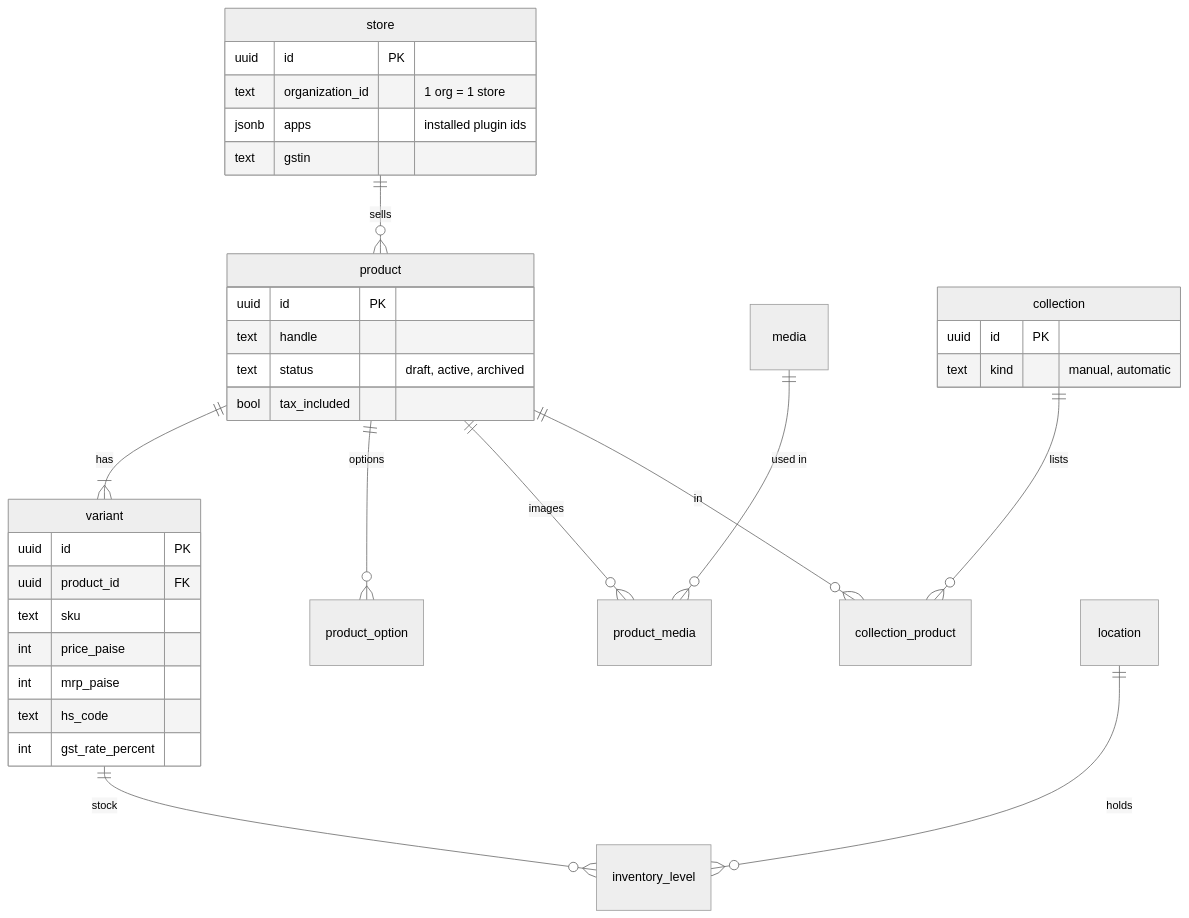
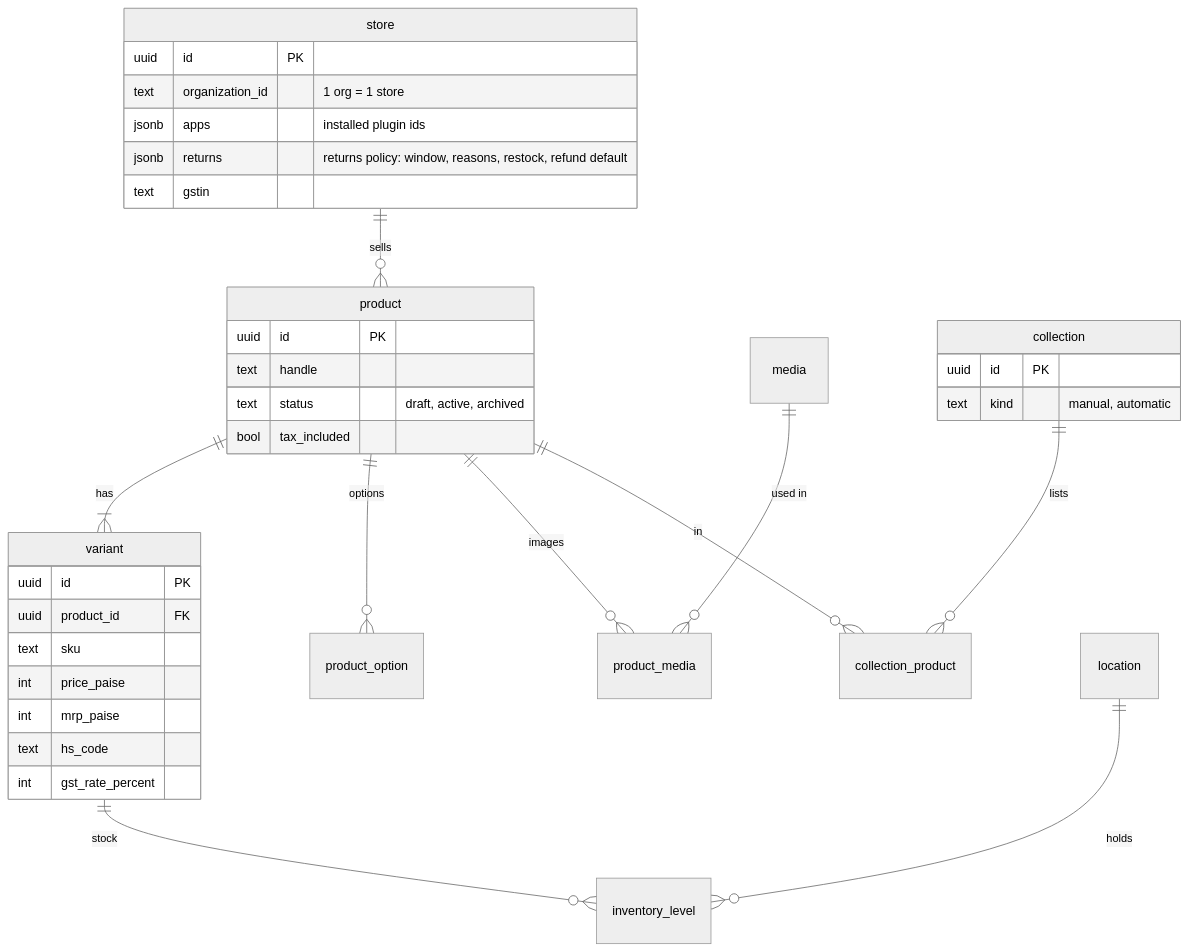
The second of 3 diagrams in apps/docs/content/developer-docs/building/data-model.mdx (Viora-Tech/e-commerce), drawn with Mermaid (neutral theme) before and after one commit. The commit also changed other lines of this file and 61 other files, not shown here.

````diff
--- a/apps/docs/content/developer-docs/building/data-model.mdx
+++ b/apps/docs/content/developer-docs/building/data-model.mdx
@@ -71,38 +94,39 @@
 ```mermaid
 erDiagram
   store ||--o{ product : "sells"
   product ||--|{ variant : "has"
   product ||--o{ product_option : "options"
   product ||--o{ product_media : "images"
   media ||--o{ product_media : "used in"
   collection ||--o{ collection_product : "lists"
   product ||--o{ collection_product : "in"
   variant ||--o{ inventory_level : "stock"
   location ||--o{ inventory_level : "holds"
 
   store {
     uuid id PK
     text organization_id "1 org = 1 store"
     jsonb apps "installed plugin ids"
+    jsonb returns "returns policy: window, reasons, restock, refund default"
     text gstin
   }
   product {
     uuid id PK
     text handle
     text status "draft, active, archived"
     bool tax_included
   }
   variant {
     uuid id PK
     uuid product_id FK
     text sku
     int price_paise
     int mrp_paise
     text hs_code
     int gst_rate_percent
   }
   collection {
     uuid id PK
     text kind "manual, automatic"
   }
 ```
````
